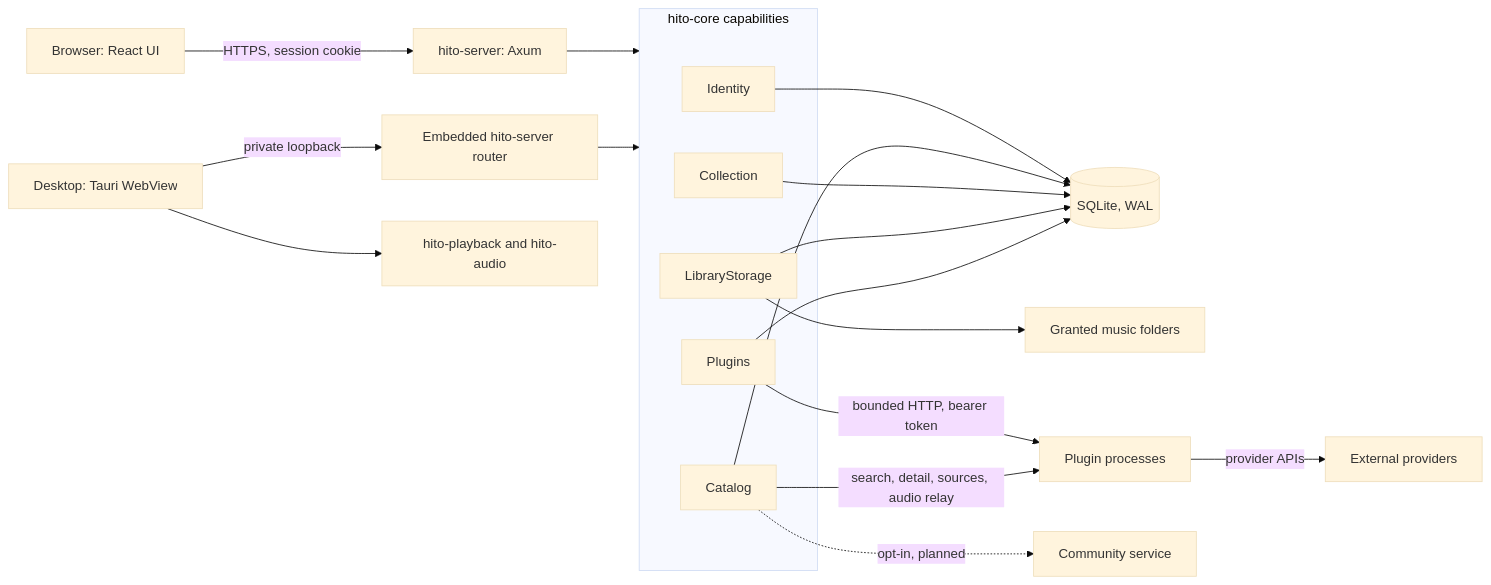
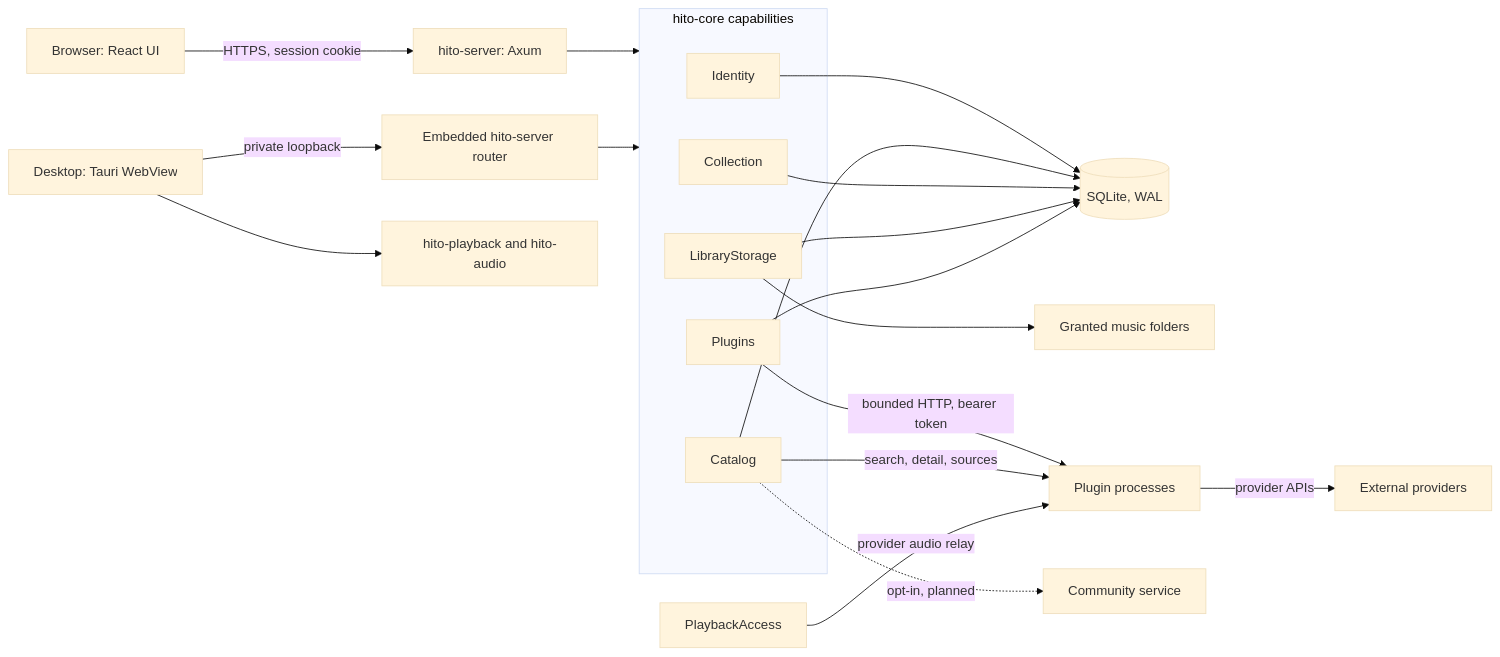
The second of 9 diagrams in docs/architecture.md (acidiney/hitoapp), drawn with Mermaid (base theme) before and after one commit. The commit also changed other lines of this file and 2 other files, not shown here.

Commit message:
Document PlaybackAccess and mark RFC 0002 implemented

````diff
--- a/docs/architecture.md
+++ b/docs/architecture.md
@@ -86,25 +86,26 @@
 ```mermaid
 flowchart LR
   Browser[Browser: React UI] -->|HTTPS, session cookie| Server[hito-server: Axum]
   Desktop[Desktop: Tauri WebView] -->|private loopback| Embedded[Embedded hito-server router]
   Desktop --> Native[hito-playback and hito-audio]
   Server --> Core
   Embedded --> Core
   subgraph Core[hito-core capabilities]
     Identity
     Catalog
     Collection
     LibraryStorage
     Plugins
   end
   Identity --> SQLite[(SQLite, WAL)]
   Catalog --> SQLite
   Collection --> SQLite
   LibraryStorage --> SQLite
   Plugins --> SQLite
   LibraryStorage --> Files[Granted music folders]
   Plugins -->|bounded HTTP, bearer token| Plug[Plugin processes]
-  Catalog -->|search, detail, sources, audio relay| Plug
+  Catalog -->|search, detail, sources| Plug
+  Playback[PlaybackAccess] -->|provider audio relay| Plug
   Plug -->|provider APIs| Ext[External providers]
   Catalog -. opt-in, planned .-> Community[Community service]
 ```
````
